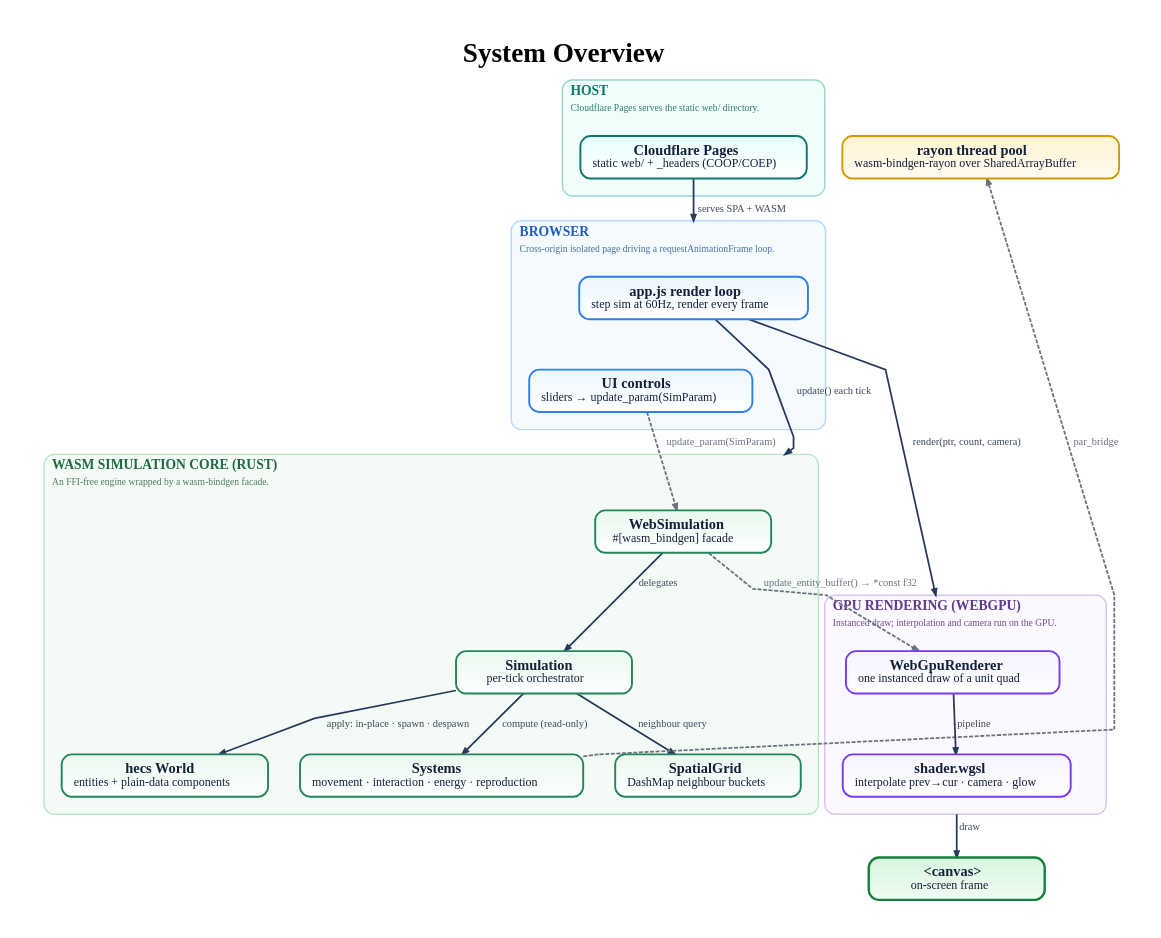
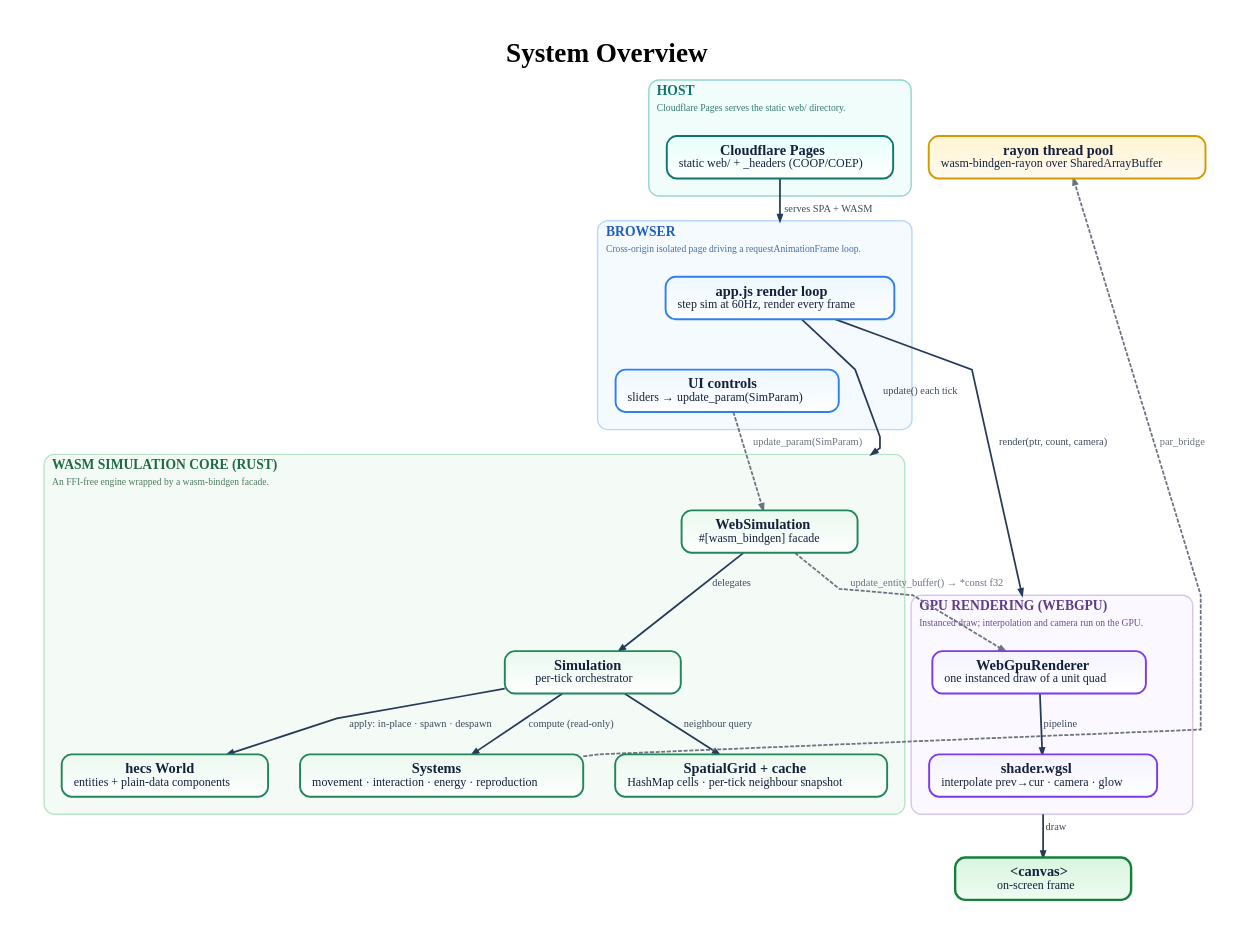
Before and after one commit to rgilks/evo: the diagram in docs/diagrams/system-overview.dot, drawn with Graphviz. The commit also changed 3 other files, not shown here.

First line of the commit message:
Diagrams: correct stale DashMap reference

```diff
--- a/docs/diagrams/system-overview.dot
+++ b/docs/diagrams/system-overview.dot
@@ -1,137 +1,137 @@
 digraph SystemOverview {
   graph [
     rankdir=TB,
     bgcolor="#ffffff",
     pad="0.55",
     nodesep="0.55",
     ranksep="0.85",
     splines=polyline,
     outputorder=edgesfirst,
     compound=true,
     newrank=true,
     forcelabels=true,
     fontname="Avenir",
     label=<
       <TABLE BORDER="0" CELLBORDER="0" CELLSPACING="0" CELLPADDING="0">
         <TR><TD><FONT POINT-SIZE="34"><B>System Overview</B></FONT></TD></TR>
       </TABLE>
     >,
     labelloc=t,
     labeljust=c
   ];
 
   node [
     shape=box,
     style="rounded,filled",
     margin="0.21,0.13",
     width=3.05,
     height=0.74,
     fixedsize=false,
     fontname="Avenir",
     fontsize=18,
     penwidth=2.4,
     fontcolor="#14213d",
     color="#2264c7",
     fillcolor="#eaf3ff:#ffffff",
     gradientangle=270
   ];
 
   edge [
     color="#263a59",
     fontname="Avenir",
     fontsize=13,
     fontcolor="#3d4a5c",
     penwidth=2.2,
     arrowsize=0.78
   ];
 
   // ---- Host ----
   subgraph cluster_host {
     graph [
       label=<
         <TABLE BORDER="0" CELLBORDER="0" CELLSPACING="0" CELLPADDING="2">
           <TR><TD ALIGN="LEFT"><FONT POINT-SIZE="17" COLOR="#0f766e"><B>HOST</B></FONT></TD></TR>
           <TR><TD ALIGN="LEFT"><FONT POINT-SIZE="12" COLOR="#357a74">Cloudflare Pages serves the static web/ directory.</FONT></TD></TR>
         </TABLE>
       >,
       labelloc=t, labeljust=l,
       color="#99d5cf", fillcolor="#f0fdfa", style="rounded,filled", penwidth=1.8, margin=22
     ];
     H1 [label=<<B>Cloudflare Pages</B><BR/><FONT POINT-SIZE="15">static web/ + _headers (COOP/COEP)</FONT>>, fillcolor="#e6fffb:#ffffff", color="#0f766e"];
   }
 
   // ---- Browser ----
   subgraph cluster_browser {
     graph [
       label=<
         <TABLE BORDER="0" CELLBORDER="0" CELLSPACING="0" CELLPADDING="2">
           <TR><TD ALIGN="LEFT"><FONT POINT-SIZE="17" COLOR="#1f5fbf"><B>BROWSER</B></FONT></TD></TR>
           <TR><TD ALIGN="LEFT"><FONT POINT-SIZE="12" COLOR="#496f9f">Cross-origin isolated page driving a requestAnimationFrame loop.</FONT></TD></TR>
         </TABLE>
       >,
       labelloc=t, labeljust=l,
       color="#b9d8ff", fillcolor="#f5faff", style="rounded,filled", penwidth=1.8, margin=22
     ];
     B1 [label=<<B>app.js render loop</B><BR/><FONT POINT-SIZE="15">step sim at 60Hz, render every frame</FONT>>, fillcolor="#edf7ff:#ffffff", color="#2f80ed"];
     B2 [label=<<B>UI controls</B><BR/><FONT POINT-SIZE="15">sliders → update_param(SimParam)</FONT>>, fillcolor="#edf7ff:#ffffff", color="#2f80ed"];
     B1 -> B2 [style=invis];
   }
 
   // ---- WASM simulation core ----
   subgraph cluster_core {
     graph [
       label=<
         <TABLE BORDER="0" CELLBORDER="0" CELLSPACING="0" CELLPADDING="2">
           <TR><TD ALIGN="LEFT"><FONT POINT-SIZE="17" COLOR="#1e6b43"><B>WASM SIMULATION CORE (RUST)</B></FONT></TD></TR>
           <TR><TD ALIGN="LEFT"><FONT POINT-SIZE="12" COLOR="#4e7a61">An FFI-free engine wrapped by a wasm-bindgen facade.</FONT></TD></TR>
         </TABLE>
       >,
       labelloc=t, labeljust=l,
       color="#b8e5c8", fillcolor="#f4fbf6", style="rounded,filled", penwidth=1.8, margin=22
     ];
     C1 [label=<<B>WebSimulation</B><BR/><FONT POINT-SIZE="15">#[wasm_bindgen] facade</FONT>>, fillcolor="#eaf8ef:#ffffff", color="#22865a"];
     C2 [label=<<B>Simulation</B><BR/><FONT POINT-SIZE="15">per-tick orchestrator</FONT>>, fillcolor="#eaf8ef:#ffffff", color="#22865a"];
     C3 [label=<<B>hecs World</B><BR/><FONT POINT-SIZE="15">entities + plain-data components</FONT>>, fillcolor="#eaf8ef:#ffffff", color="#22865a"];
     C4 [label=<<B>Systems</B><BR/><FONT POINT-SIZE="15">movement · interaction · energy · reproduction</FONT>>, fillcolor="#eaf8ef:#ffffff", color="#22865a"];
-    C5 [label=<<B>SpatialGrid</B><BR/><FONT POINT-SIZE="15">DashMap neighbour buckets</FONT>>, fillcolor="#eaf8ef:#ffffff", color="#22865a"];
+    C5 [label=<<B>SpatialGrid + cache</B><BR/><FONT POINT-SIZE="15">HashMap cells · per-tick neighbour snapshot</FONT>>, fillcolor="#eaf8ef:#ffffff", color="#22865a"];
   }
 
   // ---- Threads ----
   TP [label=<<B>rayon thread pool</B><BR/><FONT POINT-SIZE="15">wasm-bindgen-rayon over SharedArrayBuffer</FONT>>, fillcolor="#fff4d1:#fffaf0", color="#d39a00"];
 
   // ---- GPU rendering ----
   subgraph cluster_gpu {
     graph [
       label=<
         <TABLE BORDER="0" CELLBORDER="0" CELLSPACING="0" CELLPADDING="2">
           <TR><TD ALIGN="LEFT"><FONT POINT-SIZE="17" COLOR="#5f3b8a"><B>GPU RENDERING (WEBGPU)</B></FONT></TD></TR>
           <TR><TD ALIGN="LEFT"><FONT POINT-SIZE="12" COLOR="#6d4d8d">Instanced draw; interpolation and camera run on the GPU.</FONT></TD></TR>
         </TABLE>
       >,
       labelloc=t, labeljust=l,
       color="#d6c6ee", fillcolor="#fbf8ff", style="rounded,filled", penwidth=1.8, margin=22
     ];
     G1 [label=<<B>WebGpuRenderer</B><BR/><FONT POINT-SIZE="15">one instanced draw of a unit quad</FONT>>, fillcolor="#f5f3ff:#ffffff", color="#7c3aed"];
     G2 [label=<<B>shader.wgsl</B><BR/><FONT POINT-SIZE="15">interpolate prev→cur · camera · glow</FONT>>, fillcolor="#f5f3ff:#ffffff", color="#7c3aed"];
     G1 -> G2 [label="pipeline"];
   }
 
   // ---- Output ----
   CANVAS [label=<<B>&lt;canvas&gt;</B><BR/><FONT POINT-SIZE="15">on-screen frame</FONT>>, fillcolor="#d8f5de:#effcf2", color="#15803d", penwidth=3.0];
 
   // ---- Edges ----
   H1 -> B1 [lhead=cluster_browser, label="serves SPA + WASM"];
 
   B1 -> C1 [lhead=cluster_core, label="update() each tick"];
   B2 -> C1 [label="update_param(SimParam)", color="#6b7280", fontcolor="#6b7280", style=dashed];
 
   C1 -> C2 [label="delegates"];
   C2 -> C4 [label="compute (read-only)"];
   C2 -> C5 [label="neighbour query"];
   C2 -> C3 [label="apply: in-place · spawn · despawn"];
   C4 -> TP [label="par_bridge", color="#6b7280", fontcolor="#6b7280", style=dashed, constraint=false];
 
   B1 -> G1 [lhead=cluster_gpu, label="render(ptr, count, camera)"];
   C1 -> G1 [label="update_entity_buffer() → *const f32", color="#6b7280", fontcolor="#6b7280", style=dashed];
   G2 -> CANVAS [ltail=cluster_gpu, label="draw"];
 }
```
